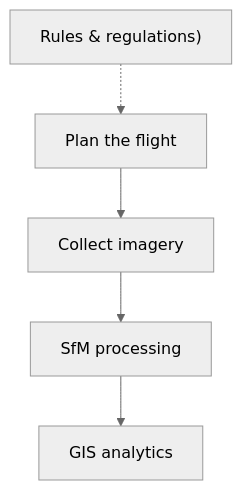
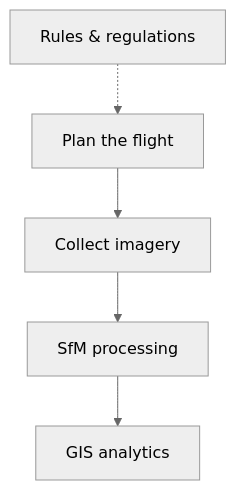
The diagram in course/topics/topic_1_uas_basics/lectures/lecture_1a.qmd (ncsu-geoforall-lab/gis-584-uas-course), drawn with Mermaid (neutral theme) before and after one commit. The commit also changed 45 other files, not shown here.

````diff
--- a/course/topics/topic_1_uas_basics/lectures/lecture_1a.qmd
+++ b/course/topics/topic_1_uas_basics/lectures/lecture_1a.qmd
@@ -608,8 +608,8 @@
 ```{mermaid}
 flowchart TB
-    R["Rules & regulations)"] -.-> A
+    R["Rules & regulations"] -.-> A
     A["Plan the flight"] --> B["Collect imagery"]
     B --> C["SfM processing"]
     C --> D["GIS analytics"]
     %% D --> E["Object/Change Detection"]
 ```
````
